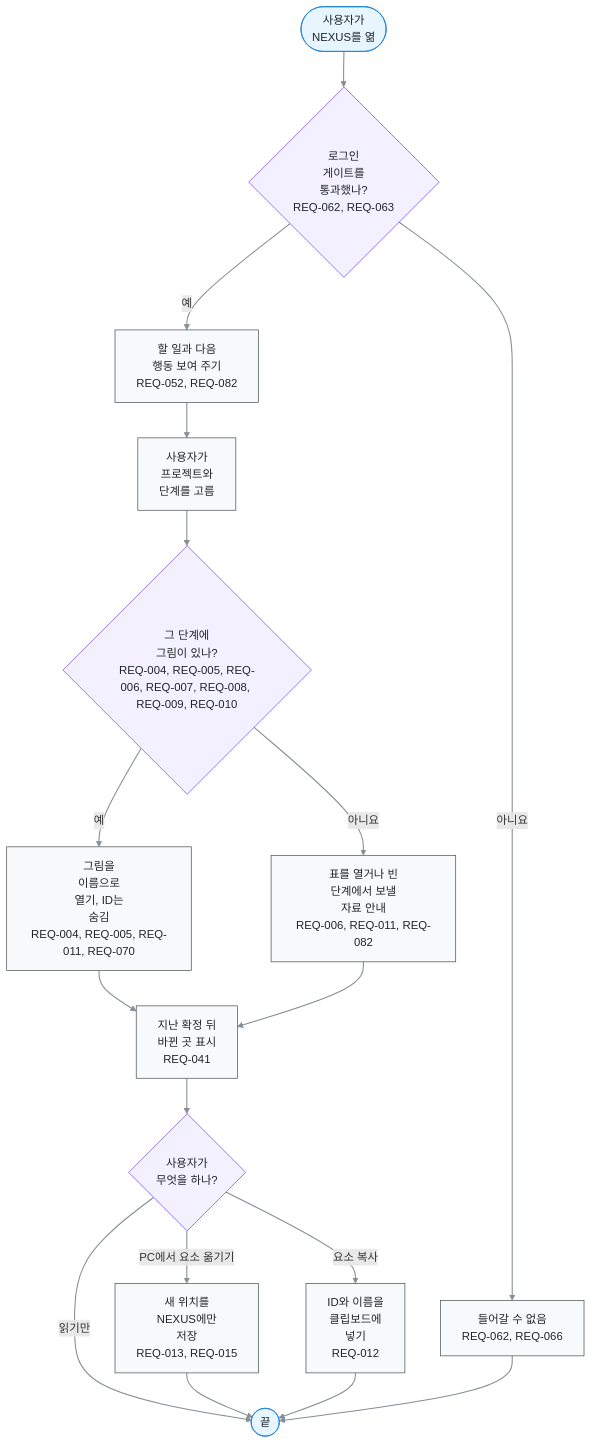
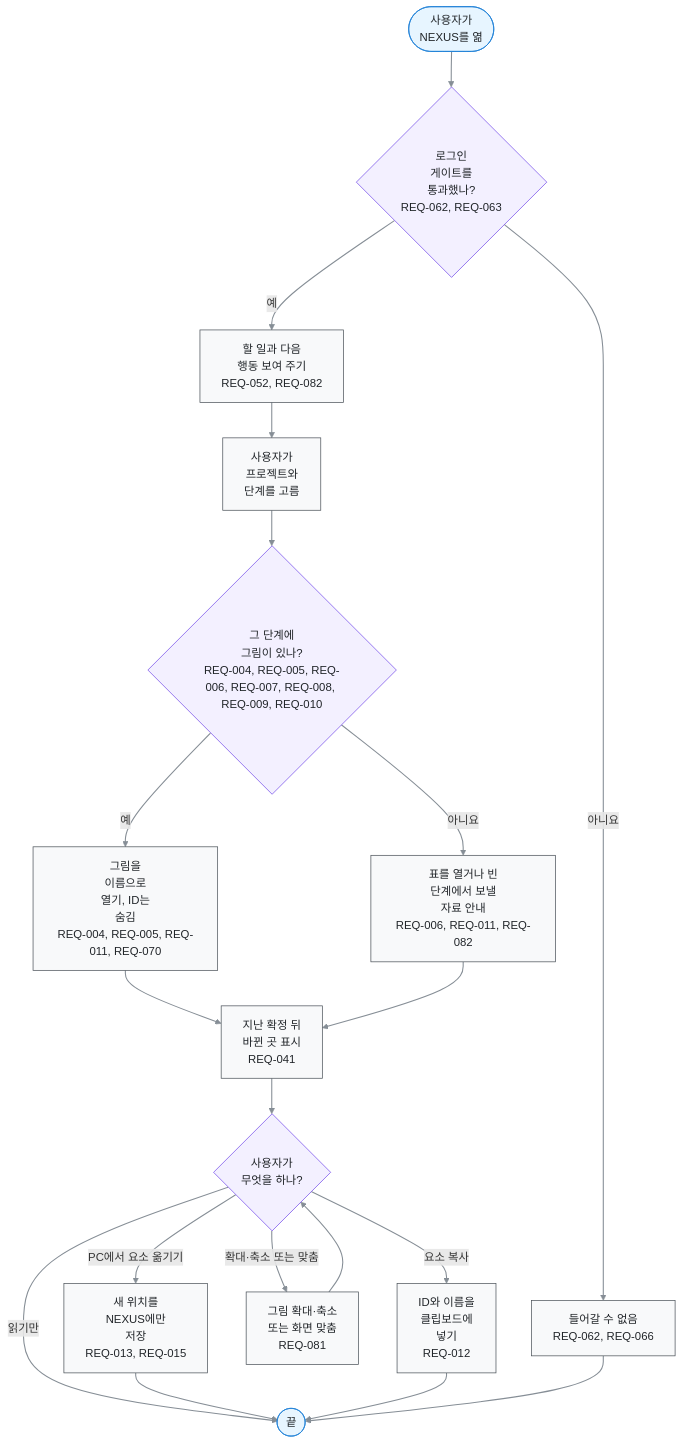
Before and after one commit to kodonghui/corthex-nexus: the diagram in docs/03-user-flow/FL-002-read-a-stage-from-the-to-do.ko.md, drawn with Mermaid. The commit also changed other lines of this file and 28 other files, not shown here.

First line of the commit message:
Add diagram zoom and fit controls (#172)

````diff
--- a/docs/03-user-flow/FL-002-read-a-stage-from-the-to-do.ko.md
+++ b/docs/03-user-flow/FL-002-read-a-stage-from-the-to-do.ko.md
@@ -11,42 +11,45 @@
 ```mermaid
 flowchart TD
   A(["사용자가<br/>NEXUS를 엶"])
   B{"로그인<br/>게이트를<br/>통과했나?<br/>REQ-062, REQ-063"}
   C["할 일과 다음<br/>행동 보여 주기<br/>REQ-052, REQ-082"]
   D["사용자가<br/>프로젝트와<br/>단계를 고름"]
   E{"그 단계에<br/>그림이 있나?<br/>REQ-004, REQ-005, REQ-006, REQ-007, REQ-008, REQ-009, REQ-010"}
   F["그림을<br/>이름으로<br/>열기, ID는<br/>숨김<br/>REQ-004, REQ-005, REQ-011, REQ-070"]
   G["표를 열거나 빈<br/>단계에서 보낼<br/>자료 안내<br/>REQ-006, REQ-011, REQ-082"]
   H["지난 확정 뒤<br/>바뀐 곳 표시<br/>REQ-041"]
   I{"사용자가<br/>무엇을 하나?"}
   J["새 위치를<br/>NEXUS에만<br/>저장<br/>REQ-013, REQ-015"]
   K["ID와 이름을<br/>클립보드에<br/>넣기<br/>REQ-012"]
+  L["그림 확대·축소<br/>또는 화면 맞춤<br/>REQ-081"]
   R1["들어갈 수 없음<br/>REQ-062, REQ-066"]
   Z(["끝"])
   A e1@--> B
   B e2@-->|아니요| R1
   B e3@-->|예| C
   C e4@--> D
   D e5@--> E
   E e6@-->|예| F
   E e7@-->|아니요| G
   F e8@--> H
   G e9@--> H
   H e10@--> I
   I e11@-->|PC에서 요소 옮기기| J
   I e12@-->|요소 복사| K
   I e13@-->|읽기만| Z
   J e14@--> Z
   K e15@--> Z
   R1 e16@--> Z
+  I e17@-->|확대·축소 또는 맞춤| L
+  L e18@--> I
   %% legend: below
   classDef term fill:#e7f5ff,stroke:#1c7ed6,color:#212529
   classDef proc fill:#f8f9fa,stroke:#495057,color:#212529
   classDef decide fill:#f3f0ff,stroke:#7048e8,color:#212529
   classDef gap fill:#f1f3f5,stroke:#adb5bd,stroke-dasharray:2 3,color:#495057
   classDef pass stroke:#868e96,stroke-width:1.5px
   class A,Z term
-  class C,D,F,G,H,J,K,R1 proc
+  class C,D,F,G,H,J,K,L,R1 proc
   class B,E,I decide
-  class e1,e2,e3,e4,e5,e6,e7,e8,e9,e10,e11,e12,e13,e14,e15,e16 pass
+  class e1,e2,e3,e4,e5,e6,e7,e8,e9,e10,e11,e12,e13,e14,e15,e16,e17,e18 pass
 ```
````
